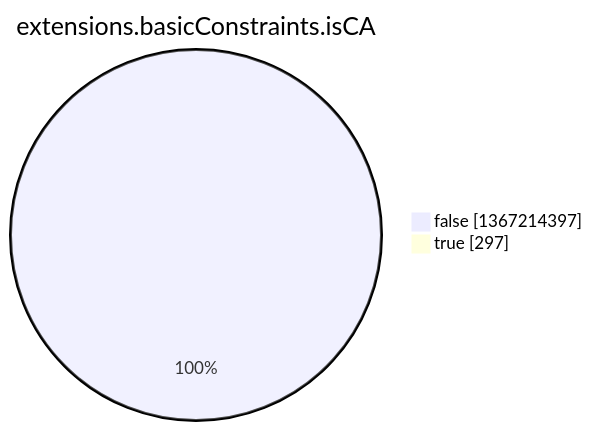
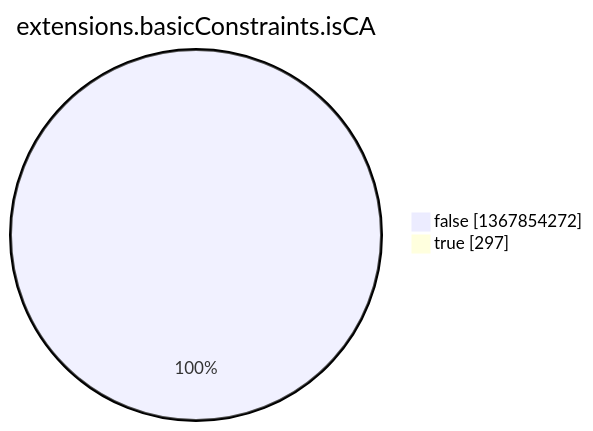
Before and after one commit to christiankrug/ctmonitor_visualization: the eighth of 15 diagrams in argon2022/README.md, drawn with Mermaid. The commit also changed other lines of this file, not shown here.

````diff
--- a/argon2022/README.md
+++ b/argon2022/README.md
@@ -2759,6 +2759,6 @@
 ```mermaid
 pie showData
 title extensions.basicConstraints.isCA
-"false" :1367214397
+"false" :1367854272
 "true" :297
 ```
````
